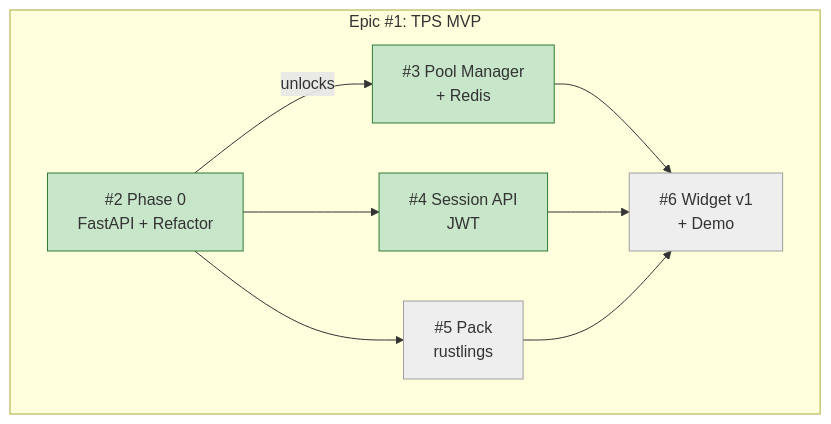
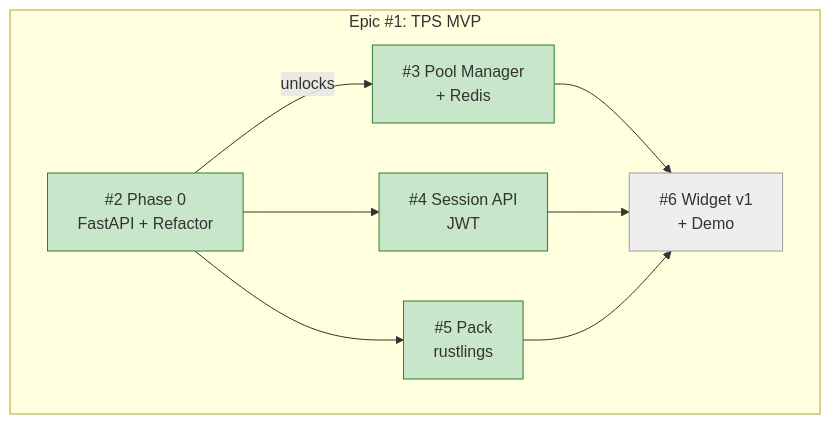
One commit to info-tech-io/web-terminal changed the diagram in docs/proposals/epic-1-tps-mvp/progress.md. Above: the diagram before and after it, drawn with Mermaid. The commit also changed other lines of this file and 4 other files, not shown here.

````diff
--- a/docs/proposals/epic-1-tps-mvp/progress.md
+++ b/docs/proposals/epic-1-tps-mvp/progress.md
@@ -5,17 +5,17 @@
 ```mermaid
 graph TD
     subgraph "Epic #1: TPS MVP"
         A["#2 Phase 0\nFastAPI + Refactor"] -->|unlocks| B["#3 Pool Manager\n+ Redis"]
         A --> C["#4 Session API\nJWT"]
         A --> D["#5 Pack\nrustlings"]
         B --> E["#6 Widget v1\n+ Demo"]
         C --> E
         D --> E
     end
 
     style A fill:#c8e6c9,stroke:#2e7d32
     style B fill:#c8e6c9,stroke:#2e7d32
     style C fill:#c8e6c9,stroke:#2e7d32
-    style D fill:#eeeeee,stroke:#9e9e9e
+    style D fill:#c8e6c9,stroke:#2e7d32
     style E fill:#eeeeee,stroke:#9e9e9e
 ```
````
